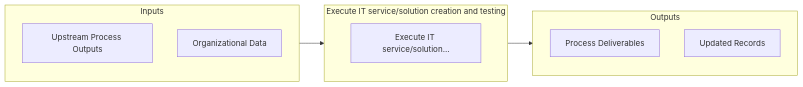
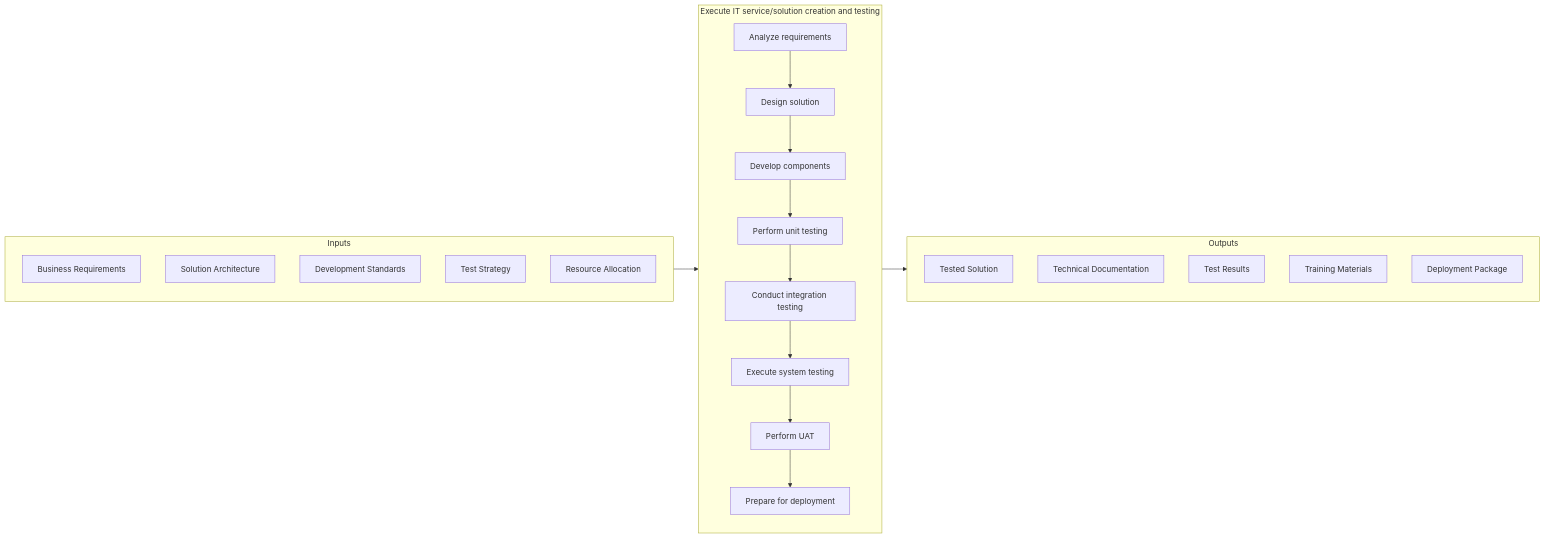
Before and after one commit to kziemski/business.org.ai: the second of 3 diagrams in processes/08-IT/8.5-DevelopManageServicessolutions/8.5.4-ExecuteITServicesolutionCreation/index.mdx, drawn with Mermaid. The commit also changed other lines of this file and 67 other files, not shown here.

````diff
--- a/processes/08-IT/8.5-DevelopManageServicessolutions/8.5.4-ExecuteITServicesolutionCreation/index.mdx
+++ b/processes/08-IT/8.5-DevelopManageServicessolutions/8.5.4-ExecuteITServicesolutionCreation/index.mdx
@@ -59,18 +67,32 @@
 ```mermaid
 flowchart LR
     subgraph Inputs["Inputs"]
-        I1["Upstream Process Outputs"]
-        I2["Organizational Data"]
+        I1["Business Requirements"]
+        I2["Solution Architecture"]
+        I3["Development Standards"]
+        I4["Test Strategy"]
+        I5["Resource Allocation"]
     end
 
     subgraph Process["Execute IT service/solution creation and testing"]
-        S1["Execute IT service/solution..."]
+        S1["Analyze requirements"]
+        S2["Design solution"]
+        S3["Develop components"]
+        S4["Perform unit testing"]
+        S5["Conduct integration testing"]
+        S6["Execute system testing"]
+        S7["Perform UAT"]
+        S8["Prepare for deployment"]
     end
 
     subgraph Outputs["Outputs"]
-        O1["Process Deliverables"]
-        O2["Updated Records"]
+        O1["Tested Solution"]
+        O2["Technical Documentation"]
+        O3["Test Results"]
+        O4["Training Materials"]
+        O5["Deployment Package"]
     end
 
     Inputs --> Process --> Outputs
+    S1 --> S2 --> S3 --> S4 --> S5 --> S6 --> S7 --> S8
 ```
````
